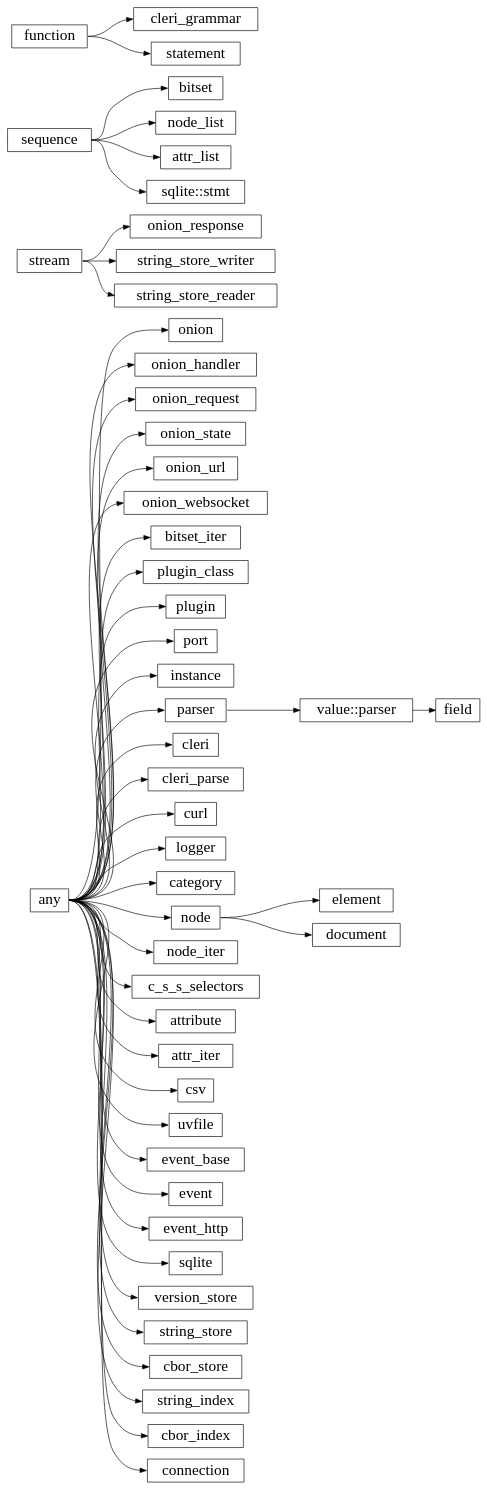
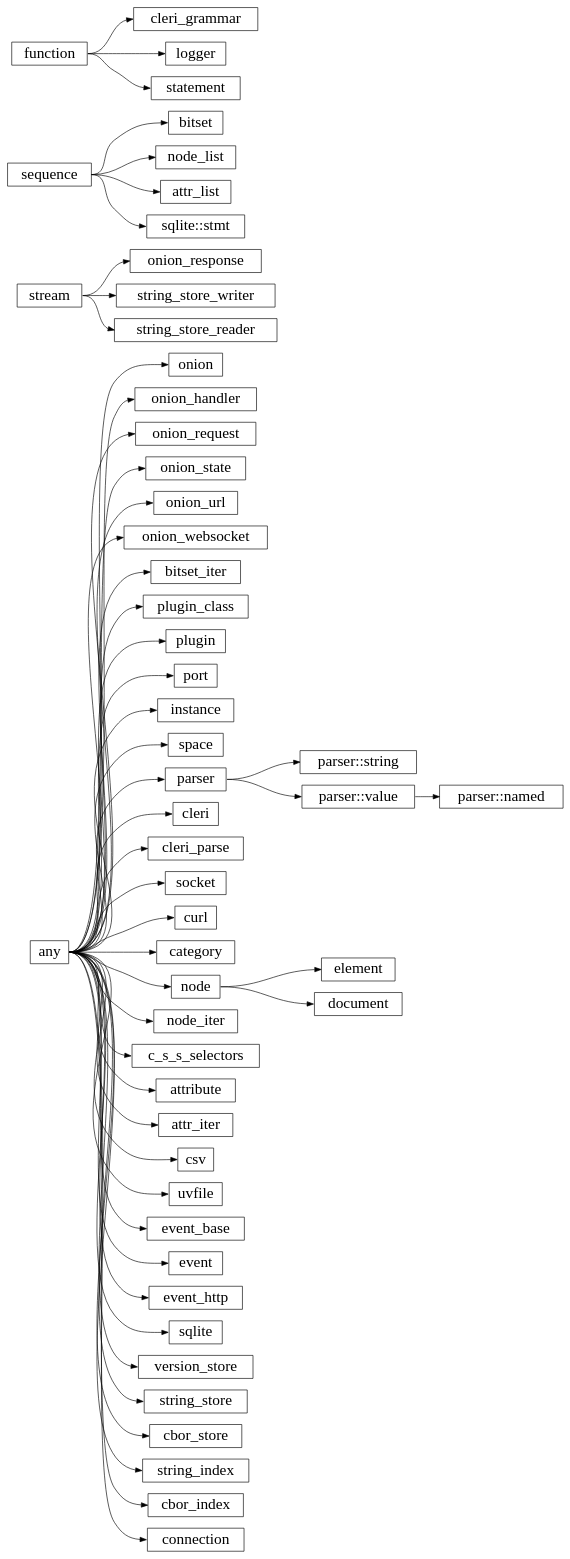
One commit to wrapl/minilang-libs changed the diagram in docs/library/hierarchy.rst. Above: the diagram before and after it, drawn with Graphviz. The commit also changed 9 other files, not shown here.

```diff
--- a/docs/library/hierarchy.rst
+++ b/docs/library/hierarchy.rst
@@ -5,58 +5,61 @@
 .. graphviz::
 
    digraph hierarchy {
       rankdir="LR";
       fontsize="40pt"
       concentrate=true;
       overlap=false;
       packMode="node";
       outputorder="edgesfirst";
       node [shape=box,fontsize=24];
       "any":e -> "onion":w;
       "any":e -> "onion_handler":w;
       "any":e -> "onion_request":w;
       "stream":e -> "onion_response":w;
       "any":e -> "onion_state":w;
       "any":e -> "onion_url":w;
       "any":e -> "onion_websocket":w;
       "sequence":e -> "bitset":w;
       "any":e -> "bitset_iter":w;
       "any":e -> "plugin_class":w;
       "any":e -> "plugin":w;
       "any":e -> "port":w;
       "any":e -> "instance":w;
+      "any":e -> "space":w;
       "any":e -> "parser":w;
-      "parser":e -> "value::parser":w;
-      "value::parser":e -> "field":w;
+      "parser":e -> "parser::string":w;
+      "parser":e -> "parser::value":w;
+      "parser::value":e -> "parser::named":w;
       "any":e -> "cleri":w;
       "any":e -> "cleri_parse":w;
       "function":e -> "cleri_grammar":w;
+      "any":e -> "socket":w;
       "any":e -> "curl":w;
-      "any":e -> "logger":w;
+      "function":e -> "logger":w;
       "any":e -> "category":w;
       "any":e -> "node":w;
       "sequence":e -> "node_list":w;
       "any":e -> "node_iter":w;
       "any":e -> "c_s_s_selectors":w;
       "node":e -> "element":w;
       "any":e -> "attribute":w;
       "sequence":e -> "attr_list":w;
       "any":e -> "attr_iter":w;
       "node":e -> "document":w;
       "any":e -> "csv":w;
       "any":e -> "uvfile":w;
       "any":e -> "event_base":w;
       "any":e -> "event":w;
       "any":e -> "event_http":w;
       "any":e -> "sqlite":w;
       "sequence":e -> "sqlite::stmt":w;
       "any":e -> "version_store":w;
       "any":e -> "string_store":w;
       "stream":e -> "string_store_writer":w;
       "stream":e -> "string_store_reader":w;
       "any":e -> "cbor_store":w;
       "any":e -> "string_index":w;
       "any":e -> "cbor_index":w;
       "any":e -> "connection":w;
       "function":e -> "statement":w;
    }
```
